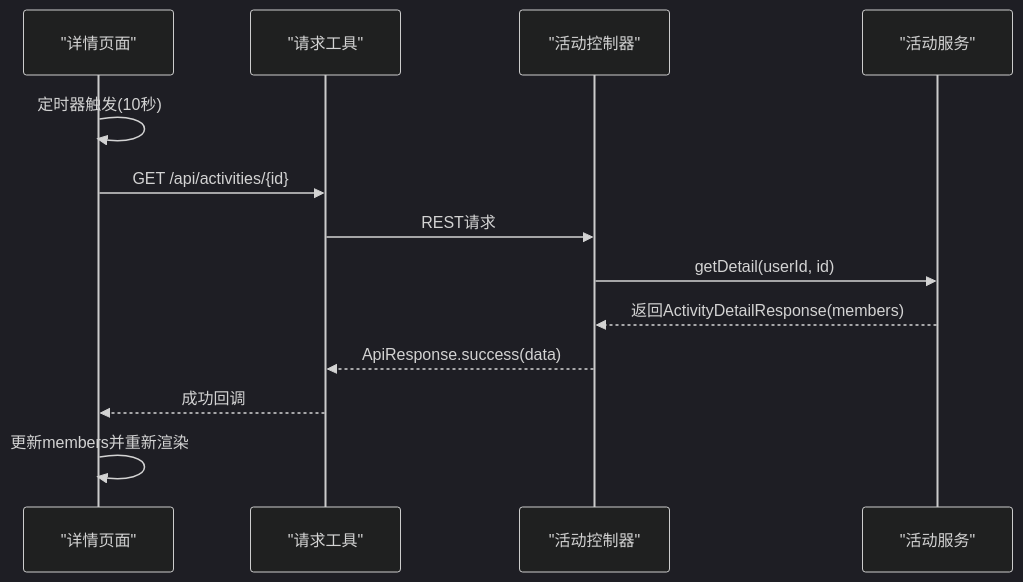
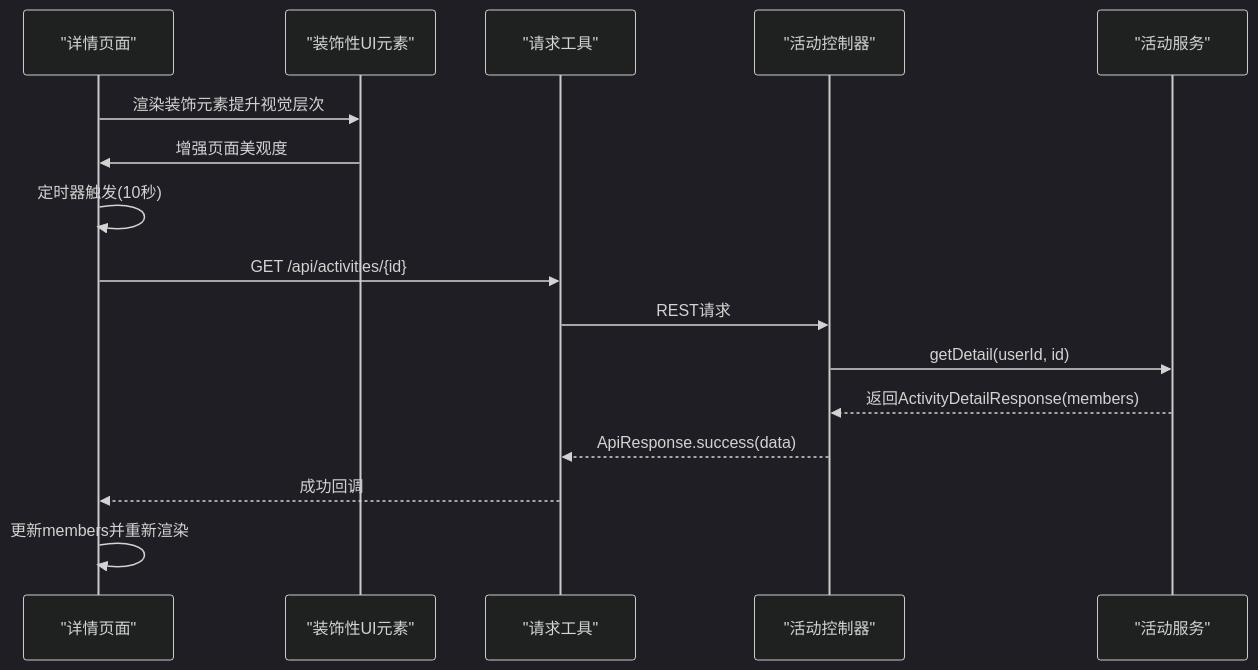
The fourth of 9 diagrams in .qoder/repowiki/zh/content/前端开发/页面组件开发/活动详情页面开发.md (cwxiao/zugeju), drawn with Mermaid (dark theme) before and after one commit. The commit also changed other lines of this file and 39 other files, not shown here.

First line of the commit message:
前端优化：压缩UI装饰图至38KB + 精简各页面冗余文案

````diff
--- a/.qoder/repowiki/zh/content/前端开发/页面组件开发/活动详情页面开发.md
+++ b/.qoder/repowiki/zh/content/前端开发/页面组件开发/活动详情页面开发.md
@@ -208,15 +219,18 @@
 ```mermaid
 sequenceDiagram
 participant D as "详情页面"
+participant DEC as "装饰性UI元素"
 participant R as "请求工具"
 participant C as "活动控制器"
 participant S as "活动服务"
+D->>DEC : 渲染装饰元素提升视觉层次
+DEC->>D : 增强页面美观度
 D->>D : 定时器触发(10秒)
 D->>R : GET /api/activities/{id}
 R->>C : REST请求
 C->>S : getDetail(userId, id)
 S-->>C : 返回ActivityDetailResponse(members)
 C-->>R : ApiResponse.success(data)
 R-->>D : 成功回调
 D->>D : 更新members并重新渲染
 ```
````
